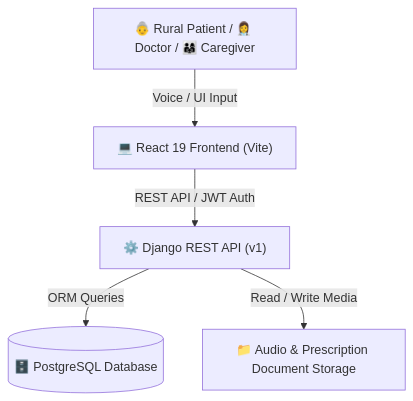
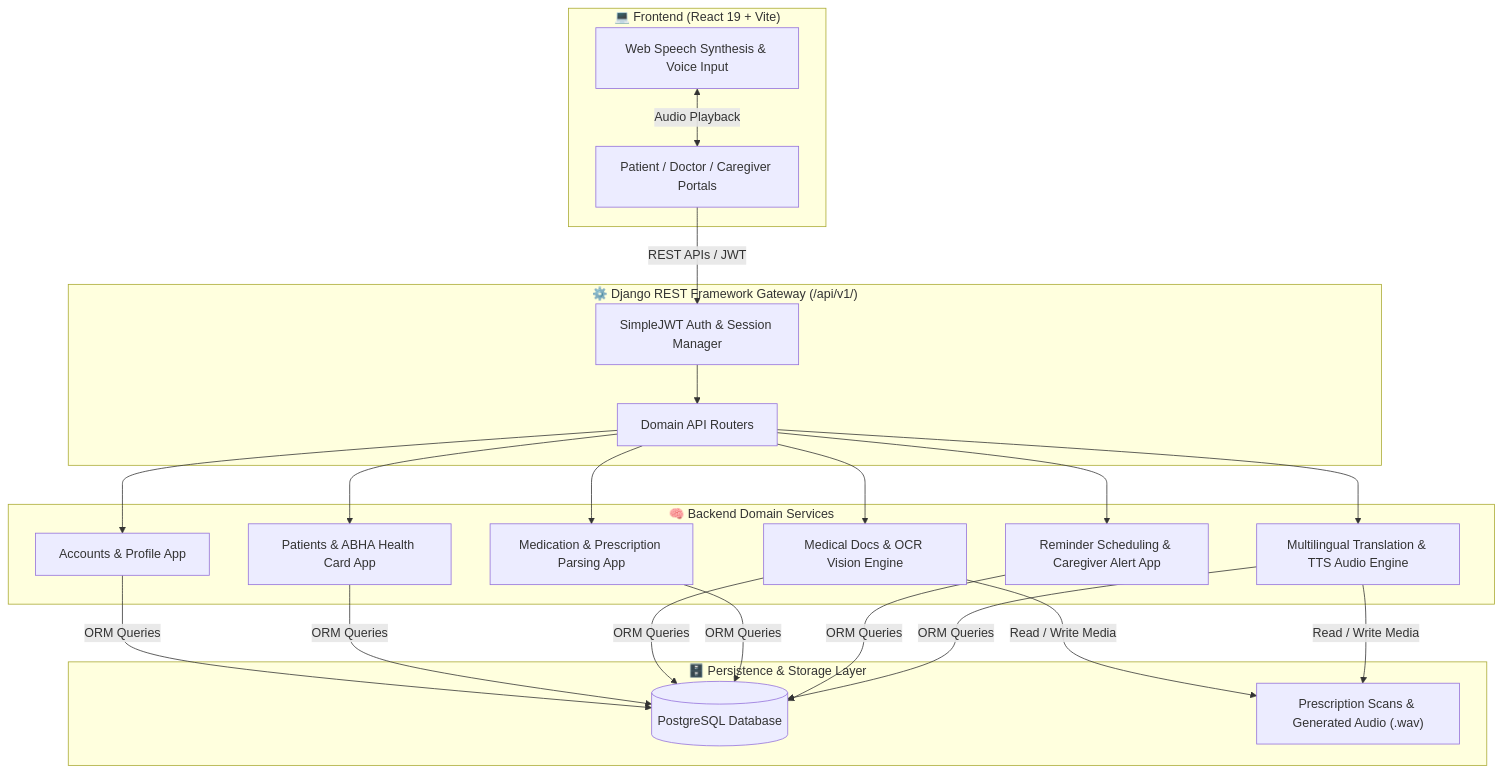
The diagram in README.md (Prince-git-hub-360/AI-Healthcare-Assistant-for-Rural-Communities), drawn with Mermaid before and after one commit. The commit also changed other lines of this file and 2 other files, not shown here.

Commit message:
docs: update project README and add dedicated documentation for backend and frontend modules.

````diff
--- a/README.md
+++ b/README.md
@@ -9,13 +34,39 @@
 ```mermaid
 graph TD
-    User["👵 Rural Patient / 👩‍⚕️ Doctor / 👨‍👩‍👧 Caregiver"]
-    ReactClient["💻 React 19 Frontend (Vite)"]
-    DjangoAPI["⚙️ Django REST API (v1)"]
-    PostgresDB[(🗄️ PostgreSQL Database)]
-    MediaStorage["📁 Audio & Prescription Document Storage"]
+    subgraph Client Layer ["💻 Frontend (React 19 + Vite)"]
+        UI["Patient / Doctor / Caregiver Portals"]
+        SpeechWeb["Web Speech Synthesis & Voice Input"]
+    end
 
-    User -->|Voice / UI Input| ReactClient
-    ReactClient -->|REST API / JWT Auth| DjangoAPI
-    DjangoAPI -->|ORM Queries| PostgresDB
-    DjangoAPI -->|Read / Write Media| MediaStorage
+    subgraph Gateway ["⚙️ Django REST Framework Gateway (/api/v1/)"]
+        AuthJWT["SimpleJWT Auth & Session Manager"]
+        Router["Domain API Routers"]
+    end
+
+    subgraph Core Services ["🧠 Backend Domain Services"]
+        Accounts["Accounts & Profile App"]
+        PatientsApp["Patients & ABHA Health Card App"]
+        MedicalApp["Medical Docs & OCR Vision Engine"]
+        MedsApp["Medication & Prescription Parsing App"]
+        RemindersApp["Reminder Scheduling & Caregiver Alert App"]
+        TransApp["Multilingual Translation & TTS Audio Engine"]
+    end
+
+    subgraph Data & Storage ["🗄️ Persistence & Storage Layer"]
+        Postgres[(PostgreSQL Database)]
+        MediaStorage["Prescription Scans & Generated Audio (.wav)"]
+    end
+
+    UI -->|REST APIs / JWT| AuthJWT
+    SpeechWeb <-->|Audio Playback| UI
+    AuthJWT --> Router
+    Router --> Accounts
+    Router --> PatientsApp
+    Router --> MedicalApp
+    Router --> MedsApp
+    Router --> RemindersApp
+    Router --> TransApp
+
+    Accounts & PatientsApp & MedicalApp & MedsApp & RemindersApp & TransApp -->|ORM Queries| Postgres
+    MedicalApp & TransApp -->|Read / Write Media| MediaStorage
 ```
````
